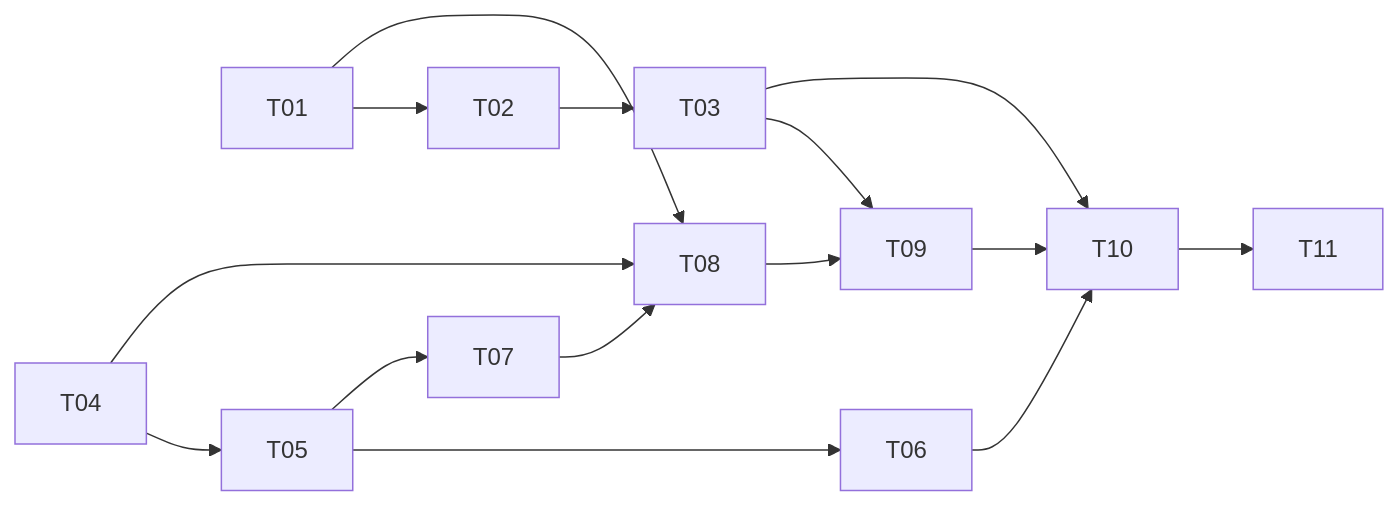
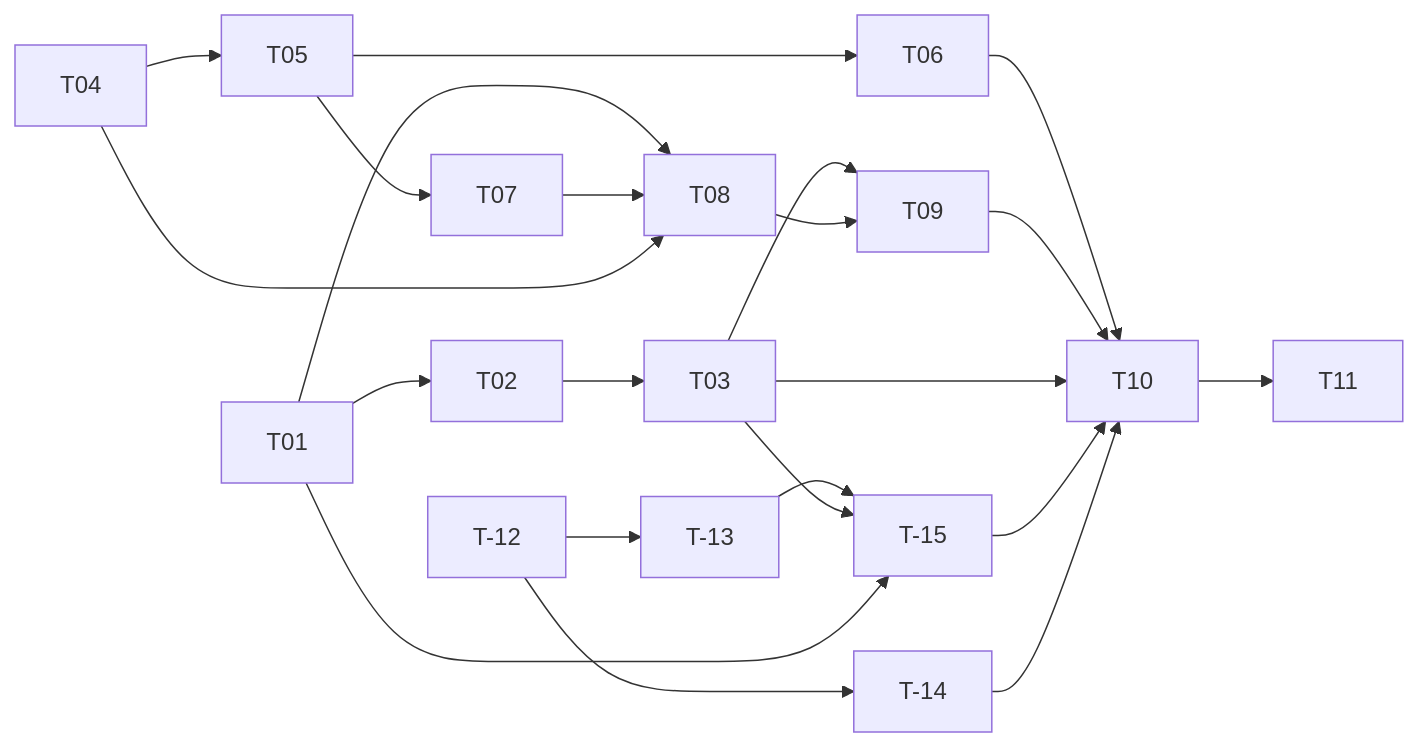
Before and after one commit to Matsuel/Azimut: the diagram in roadmap/fix-10-parametres-profil/TASKS.md, drawn with Mermaid. The commit also changed other lines of this file and 3 other files, not shown here.

Commit message:
docs(roadmap): fix-10, maquettes Figma des paramètres et réinitialisation des données

````diff
--- a/roadmap/fix-10-parametres-profil/TASKS.md
+++ b/roadmap/fix-10-parametres-profil/TASKS.md
@@ -35,9 +40,13 @@
 ```mermaid
 flowchart LR
     T01 --> T02 --> T03 --> T09
     T01 --> T08
     T04 --> T05 --> T06 --> T10
     T05 --> T07 --> T08 --> T09 --> T10 --> T11
     T04 --> T08
     T03 --> T10
+    T12[T-12] --> T13[T-13] --> T15[T-15] --> T10
+    T12 --> T14[T-14] --> T10
+    T03 --> T15
+    T01 --> T15
 ```
````
